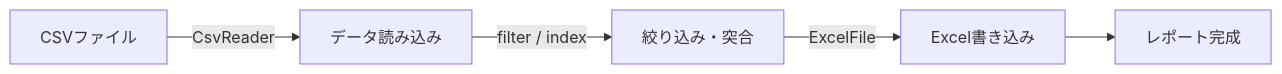
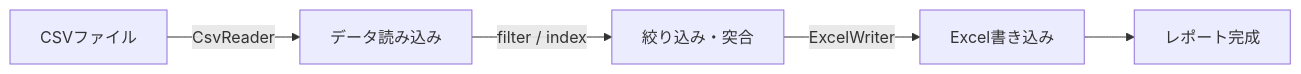
One commit to tenniscorecom/comken changed the third of 4 diagrams in README.md. Above: the diagram before and after it, drawn with Mermaid. The commit also changed other lines of this file and 34 other files, not shown here.

First line of the commit message:
CSV と Excel を base・reader・writer に分割し、共通の FileBase を追加

````diff
--- a/README.md
+++ b/README.md
@@ -1042,7 +1047,7 @@
 ```mermaid
 flowchart LR
     A["CSVファイル"] -->|CsvReader| B["データ読み込み"]
     B -->|filter / index| C["絞り込み・突合"]
-    C -->|ExcelFile| D["Excel書き込み"]
+    C -->|ExcelWriter| D["Excel書き込み"]
     D --> E["レポート完成"]
 ```
````
